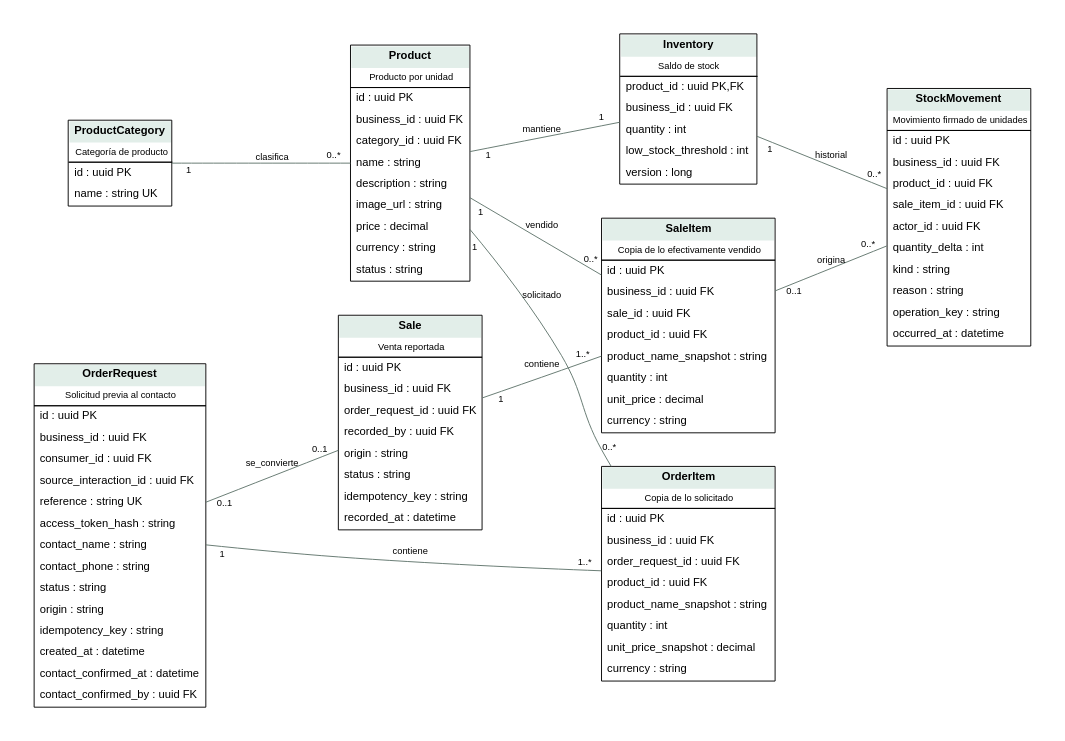
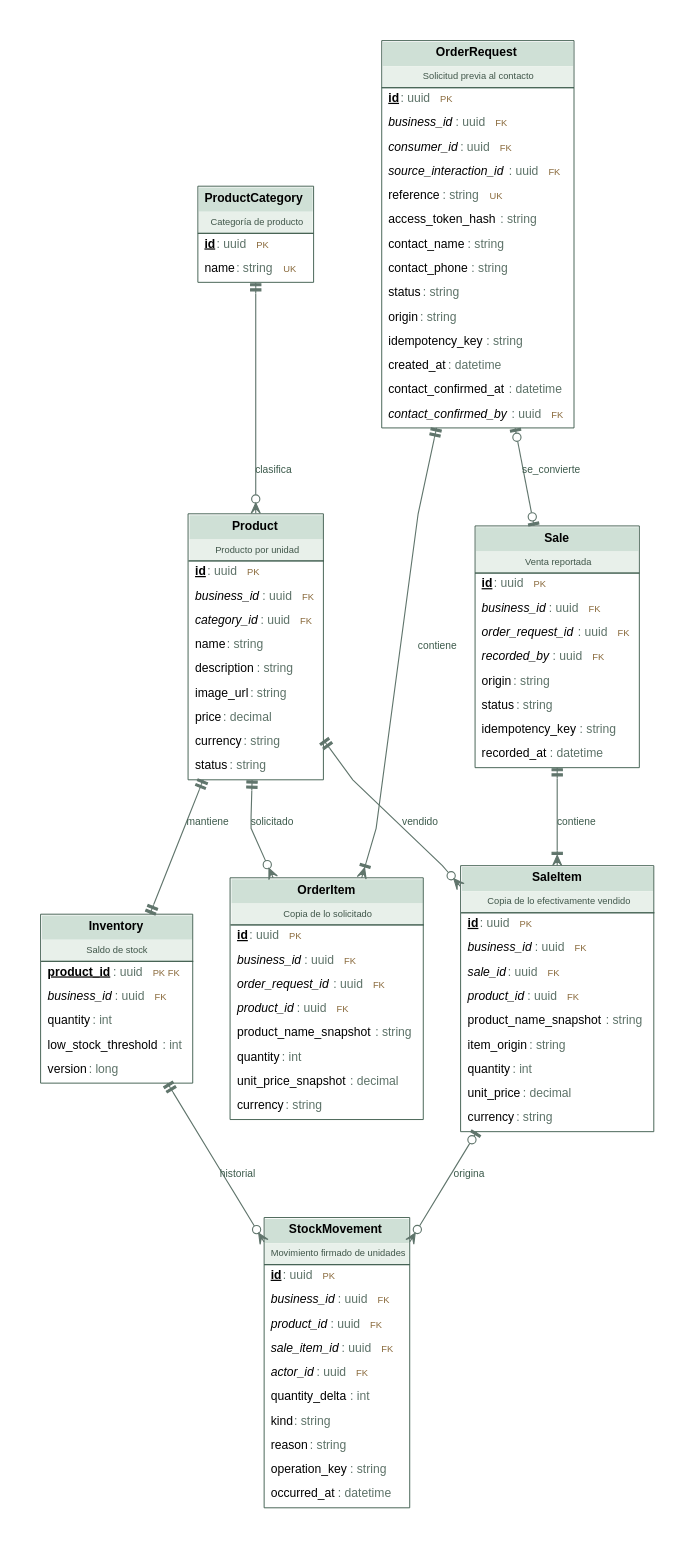
One commit to agustinlopez23/tesis changed the diagram in Doc/model/figures/ER-02-comercio.dot. Above: the diagram before and after it, drawn with Graphviz. The commit also changed 420 other files, not shown here.

```diff
--- a/Doc/model/figures/ER-02-comercio.dot
+++ b/Doc/model/figures/ER-02-comercio.dot
@@ -1,16 +1,16 @@
-digraph G { graph [rankdir=LR,bgcolor="white",pad=0.4,nodesep=0.5,ranksep=1.2]; node [shape=plain,fontname="Arial",fontsize=12]; edge [fontname="Arial",fontsize=10,color="#60756c"]; ProductCategory [label=<<TABLE BORDER="1" CELLBORDER="0" CELLSPACING="0" CELLPADDING="5"><TR><TD BGCOLOR="#e2eee9"><B>ProductCategory</B></TD></TR><TR><TD><FONT POINT-SIZE="10">Categoría de producto</FONT></TD></TR><HR/><TR><TD ALIGN="LEFT">id : uuid PK</TD></TR><TR><TD ALIGN="LEFT">name : string UK</TD></TR></TABLE>>];
-Product [label=<<TABLE BORDER="1" CELLBORDER="0" CELLSPACING="0" CELLPADDING="5"><TR><TD BGCOLOR="#e2eee9"><B>Product</B></TD></TR><TR><TD><FONT POINT-SIZE="10">Producto por unidad</FONT></TD></TR><HR/><TR><TD ALIGN="LEFT">id : uuid PK</TD></TR><TR><TD ALIGN="LEFT">business_id : uuid FK</TD></TR><TR><TD ALIGN="LEFT">category_id : uuid FK</TD></TR><TR><TD ALIGN="LEFT">name : string </TD></TR><TR><TD ALIGN="LEFT">description : string </TD></TR><TR><TD ALIGN="LEFT">image_url : string </TD></TR><TR><TD ALIGN="LEFT">price : decimal </TD></TR><TR><TD ALIGN="LEFT">currency : string </TD></TR><TR><TD ALIGN="LEFT">status : string </TD></TR></TABLE>>];
-Inventory [label=<<TABLE BORDER="1" CELLBORDER="0" CELLSPACING="0" CELLPADDING="5"><TR><TD BGCOLOR="#e2eee9"><B>Inventory</B></TD></TR><TR><TD><FONT POINT-SIZE="10">Saldo de stock</FONT></TD></TR><HR/><TR><TD ALIGN="LEFT">product_id : uuid PK,FK</TD></TR><TR><TD ALIGN="LEFT">business_id : uuid FK</TD></TR><TR><TD ALIGN="LEFT">quantity : int </TD></TR><TR><TD ALIGN="LEFT">low_stock_threshold : int </TD></TR><TR><TD ALIGN="LEFT">version : long </TD></TR></TABLE>>];
-OrderRequest [label=<<TABLE BORDER="1" CELLBORDER="0" CELLSPACING="0" CELLPADDING="5"><TR><TD BGCOLOR="#e2eee9"><B>OrderRequest</B></TD></TR><TR><TD><FONT POINT-SIZE="10">Solicitud previa al contacto</FONT></TD></TR><HR/><TR><TD ALIGN="LEFT">id : uuid PK</TD></TR><TR><TD ALIGN="LEFT">business_id : uuid FK</TD></TR><TR><TD ALIGN="LEFT">consumer_id : uuid FK</TD></TR><TR><TD ALIGN="LEFT">source_interaction_id : uuid FK</TD></TR><TR><TD ALIGN="LEFT">reference : string UK</TD></TR><TR><TD ALIGN="LEFT">access_token_hash : string </TD></TR><TR><TD ALIGN="LEFT">contact_name : string </TD></TR><TR><TD ALIGN="LEFT">contact_phone : string </TD></TR><TR><TD ALIGN="LEFT">status : string </TD></TR><TR><TD ALIGN="LEFT">origin : string </TD></TR><TR><TD ALIGN="LEFT">idempotency_key : string </TD></TR><TR><TD ALIGN="LEFT">created_at : datetime </TD></TR><TR><TD ALIGN="LEFT">contact_confirmed_at : datetime </TD></TR><TR><TD ALIGN="LEFT">contact_confirmed_by : uuid FK</TD></TR></TABLE>>];
-OrderItem [label=<<TABLE BORDER="1" CELLBORDER="0" CELLSPACING="0" CELLPADDING="5"><TR><TD BGCOLOR="#e2eee9"><B>OrderItem</B></TD></TR><TR><TD><FONT POINT-SIZE="10">Copia de lo solicitado</FONT></TD></TR><HR/><TR><TD ALIGN="LEFT">id : uuid PK</TD></TR><TR><TD ALIGN="LEFT">business_id : uuid FK</TD></TR><TR><TD ALIGN="LEFT">order_request_id : uuid FK</TD></TR><TR><TD ALIGN="LEFT">product_id : uuid FK</TD></TR><TR><TD ALIGN="LEFT">product_name_snapshot : string </TD></TR><TR><TD ALIGN="LEFT">quantity : int </TD></TR><TR><TD ALIGN="LEFT">unit_price_snapshot : decimal </TD></TR><TR><TD ALIGN="LEFT">currency : string </TD></TR></TABLE>>];
-Sale [label=<<TABLE BORDER="1" CELLBORDER="0" CELLSPACING="0" CELLPADDING="5"><TR><TD BGCOLOR="#e2eee9"><B>Sale</B></TD></TR><TR><TD><FONT POINT-SIZE="10">Venta reportada</FONT></TD></TR><HR/><TR><TD ALIGN="LEFT">id : uuid PK</TD></TR><TR><TD ALIGN="LEFT">business_id : uuid FK</TD></TR><TR><TD ALIGN="LEFT">order_request_id : uuid FK</TD></TR><TR><TD ALIGN="LEFT">recorded_by : uuid FK</TD></TR><TR><TD ALIGN="LEFT">origin : string </TD></TR><TR><TD ALIGN="LEFT">status : string </TD></TR><TR><TD ALIGN="LEFT">idempotency_key : string </TD></TR><TR><TD ALIGN="LEFT">recorded_at : datetime </TD></TR></TABLE>>];
-SaleItem [label=<<TABLE BORDER="1" CELLBORDER="0" CELLSPACING="0" CELLPADDING="5"><TR><TD BGCOLOR="#e2eee9"><B>SaleItem</B></TD></TR><TR><TD><FONT POINT-SIZE="10">Copia de lo efectivamente vendido</FONT></TD></TR><HR/><TR><TD ALIGN="LEFT">id : uuid PK</TD></TR><TR><TD ALIGN="LEFT">business_id : uuid FK</TD></TR><TR><TD ALIGN="LEFT">sale_id : uuid FK</TD></TR><TR><TD ALIGN="LEFT">product_id : uuid FK</TD></TR><TR><TD ALIGN="LEFT">product_name_snapshot : string </TD></TR><TR><TD ALIGN="LEFT">quantity : int </TD></TR><TR><TD ALIGN="LEFT">unit_price : decimal </TD></TR><TR><TD ALIGN="LEFT">currency : string </TD></TR></TABLE>>];
-StockMovement [label=<<TABLE BORDER="1" CELLBORDER="0" CELLSPACING="0" CELLPADDING="5"><TR><TD BGCOLOR="#e2eee9"><B>StockMovement</B></TD></TR><TR><TD><FONT POINT-SIZE="10">Movimiento firmado de unidades</FONT></TD></TR><HR/><TR><TD ALIGN="LEFT">id : uuid PK</TD></TR><TR><TD ALIGN="LEFT">business_id : uuid FK</TD></TR><TR><TD ALIGN="LEFT">product_id : uuid FK</TD></TR><TR><TD ALIGN="LEFT">sale_item_id : uuid FK</TD></TR><TR><TD ALIGN="LEFT">actor_id : uuid FK</TD></TR><TR><TD ALIGN="LEFT">quantity_delta : int </TD></TR><TR><TD ALIGN="LEFT">kind : string </TD></TR><TR><TD ALIGN="LEFT">reason : string </TD></TR><TR><TD ALIGN="LEFT">operation_key : string </TD></TR><TR><TD ALIGN="LEFT">occurred_at : datetime </TD></TR></TABLE>>]; ProductCategory -> Product [dir=none,taillabel="1",headlabel="0..*",label="clasifica",labeldistance=2];
-Product -> Inventory [dir=none,taillabel="1",headlabel="1",label="mantiene",labeldistance=2];
-OrderRequest -> OrderItem [dir=none,taillabel="1",headlabel="1..*",label="contiene",labeldistance=2];
-Product -> OrderItem [dir=none,taillabel="1",headlabel="0..*",label="solicitado",labeldistance=2];
-OrderRequest -> Sale [dir=none,taillabel="0..1",headlabel="0..1",label="se_convierte",labeldistance=2];
-Sale -> SaleItem [dir=none,taillabel="1",headlabel="1..*",label="contiene",labeldistance=2];
-Product -> SaleItem [dir=none,taillabel="1",headlabel="0..*",label="vendido",labeldistance=2];
-Inventory -> StockMovement [dir=none,taillabel="1",headlabel="0..*",label="historial",labeldistance=2];
-SaleItem -> StockMovement [dir=none,taillabel="0..1",headlabel="0..*",label="origina",labeldistance=2]; }
+digraph G { graph [rankdir=TB,bgcolor="white",pad=0.5,nodesep=0.55,ranksep=1.1,splines=polyline,concentrate=false,fontname="Arial"]; node [shape=plain,fontname="Arial",fontsize=13]; edge [fontname="Arial",fontsize=11,color="#60756c",penwidth=1.2,arrowsize=1.1]; ProductCategory [label=<<TABLE BORDER="1" CELLBORDER="0" CELLSPACING="0" CELLPADDING="6" COLOR="#3f5d4e"><TR><TD BGCOLOR="#cfe0d6"><B>ProductCategory</B></TD></TR><TR><TD BGCOLOR="#e8f0ea"><FONT POINT-SIZE="10" COLOR="#40564a">Categoría de producto</FONT></TD></TR><HR/><TR><TD ALIGN="LEFT"><B><U>id</U></B><FONT COLOR="#5d7268"> : uuid</FONT><FONT COLOR="#8a6a3c" POINT-SIZE="10">   PK</FONT></TD></TR><TR><TD ALIGN="LEFT">name<FONT COLOR="#5d7268"> : string</FONT><FONT COLOR="#8a6a3c" POINT-SIZE="10">   UK</FONT></TD></TR></TABLE>>];
+Product [label=<<TABLE BORDER="1" CELLBORDER="0" CELLSPACING="0" CELLPADDING="6" COLOR="#3f5d4e"><TR><TD BGCOLOR="#cfe0d6"><B>Product</B></TD></TR><TR><TD BGCOLOR="#e8f0ea"><FONT POINT-SIZE="10" COLOR="#40564a">Producto por unidad</FONT></TD></TR><HR/><TR><TD ALIGN="LEFT"><B><U>id</U></B><FONT COLOR="#5d7268"> : uuid</FONT><FONT COLOR="#8a6a3c" POINT-SIZE="10">   PK</FONT></TD></TR><TR><TD ALIGN="LEFT"><I>business_id</I><FONT COLOR="#5d7268"> : uuid</FONT><FONT COLOR="#8a6a3c" POINT-SIZE="10">   FK</FONT></TD></TR><TR><TD ALIGN="LEFT"><I>category_id</I><FONT COLOR="#5d7268"> : uuid</FONT><FONT COLOR="#8a6a3c" POINT-SIZE="10">   FK</FONT></TD></TR><TR><TD ALIGN="LEFT">name<FONT COLOR="#5d7268"> : string</FONT></TD></TR><TR><TD ALIGN="LEFT">description<FONT COLOR="#5d7268"> : string</FONT></TD></TR><TR><TD ALIGN="LEFT">image_url<FONT COLOR="#5d7268"> : string</FONT></TD></TR><TR><TD ALIGN="LEFT">price<FONT COLOR="#5d7268"> : decimal</FONT></TD></TR><TR><TD ALIGN="LEFT">currency<FONT COLOR="#5d7268"> : string</FONT></TD></TR><TR><TD ALIGN="LEFT">status<FONT COLOR="#5d7268"> : string</FONT></TD></TR></TABLE>>];
+Inventory [label=<<TABLE BORDER="1" CELLBORDER="0" CELLSPACING="0" CELLPADDING="6" COLOR="#3f5d4e"><TR><TD BGCOLOR="#cfe0d6"><B>Inventory</B></TD></TR><TR><TD BGCOLOR="#e8f0ea"><FONT POINT-SIZE="10" COLOR="#40564a">Saldo de stock</FONT></TD></TR><HR/><TR><TD ALIGN="LEFT"><B><U>product_id</U></B><FONT COLOR="#5d7268"> : uuid</FONT><FONT COLOR="#8a6a3c" POINT-SIZE="10">   PK FK</FONT></TD></TR><TR><TD ALIGN="LEFT"><I>business_id</I><FONT COLOR="#5d7268"> : uuid</FONT><FONT COLOR="#8a6a3c" POINT-SIZE="10">   FK</FONT></TD></TR><TR><TD ALIGN="LEFT">quantity<FONT COLOR="#5d7268"> : int</FONT></TD></TR><TR><TD ALIGN="LEFT">low_stock_threshold<FONT COLOR="#5d7268"> : int</FONT></TD></TR><TR><TD ALIGN="LEFT">version<FONT COLOR="#5d7268"> : long</FONT></TD></TR></TABLE>>];
+OrderRequest [label=<<TABLE BORDER="1" CELLBORDER="0" CELLSPACING="0" CELLPADDING="6" COLOR="#3f5d4e"><TR><TD BGCOLOR="#cfe0d6"><B>OrderRequest</B></TD></TR><TR><TD BGCOLOR="#e8f0ea"><FONT POINT-SIZE="10" COLOR="#40564a">Solicitud previa al contacto</FONT></TD></TR><HR/><TR><TD ALIGN="LEFT"><B><U>id</U></B><FONT COLOR="#5d7268"> : uuid</FONT><FONT COLOR="#8a6a3c" POINT-SIZE="10">   PK</FONT></TD></TR><TR><TD ALIGN="LEFT"><I>business_id</I><FONT COLOR="#5d7268"> : uuid</FONT><FONT COLOR="#8a6a3c" POINT-SIZE="10">   FK</FONT></TD></TR><TR><TD ALIGN="LEFT"><I>consumer_id</I><FONT COLOR="#5d7268"> : uuid</FONT><FONT COLOR="#8a6a3c" POINT-SIZE="10">   FK</FONT></TD></TR><TR><TD ALIGN="LEFT"><I>source_interaction_id</I><FONT COLOR="#5d7268"> : uuid</FONT><FONT COLOR="#8a6a3c" POINT-SIZE="10">   FK</FONT></TD></TR><TR><TD ALIGN="LEFT">reference<FONT COLOR="#5d7268"> : string</FONT><FONT COLOR="#8a6a3c" POINT-SIZE="10">   UK</FONT></TD></TR><TR><TD ALIGN="LEFT">access_token_hash<FONT COLOR="#5d7268"> : string</FONT></TD></TR><TR><TD ALIGN="LEFT">contact_name<FONT COLOR="#5d7268"> : string</FONT></TD></TR><TR><TD ALIGN="LEFT">contact_phone<FONT COLOR="#5d7268"> : string</FONT></TD></TR><TR><TD ALIGN="LEFT">status<FONT COLOR="#5d7268"> : string</FONT></TD></TR><TR><TD ALIGN="LEFT">origin<FONT COLOR="#5d7268"> : string</FONT></TD></TR><TR><TD ALIGN="LEFT">idempotency_key<FONT COLOR="#5d7268"> : string</FONT></TD></TR><TR><TD ALIGN="LEFT">created_at<FONT COLOR="#5d7268"> : datetime</FONT></TD></TR><TR><TD ALIGN="LEFT">contact_confirmed_at<FONT COLOR="#5d7268"> : datetime</FONT></TD></TR><TR><TD ALIGN="LEFT"><I>contact_confirmed_by</I><FONT COLOR="#5d7268"> : uuid</FONT><FONT COLOR="#8a6a3c" POINT-SIZE="10">   FK</FONT></TD></TR></TABLE>>];
+OrderItem [label=<<TABLE BORDER="1" CELLBORDER="0" CELLSPACING="0" CELLPADDING="6" COLOR="#3f5d4e"><TR><TD BGCOLOR="#cfe0d6"><B>OrderItem</B></TD></TR><TR><TD BGCOLOR="#e8f0ea"><FONT POINT-SIZE="10" COLOR="#40564a">Copia de lo solicitado</FONT></TD></TR><HR/><TR><TD ALIGN="LEFT"><B><U>id</U></B><FONT COLOR="#5d7268"> : uuid</FONT><FONT COLOR="#8a6a3c" POINT-SIZE="10">   PK</FONT></TD></TR><TR><TD ALIGN="LEFT"><I>business_id</I><FONT COLOR="#5d7268"> : uuid</FONT><FONT COLOR="#8a6a3c" POINT-SIZE="10">   FK</FONT></TD></TR><TR><TD ALIGN="LEFT"><I>order_request_id</I><FONT COLOR="#5d7268"> : uuid</FONT><FONT COLOR="#8a6a3c" POINT-SIZE="10">   FK</FONT></TD></TR><TR><TD ALIGN="LEFT"><I>product_id</I><FONT COLOR="#5d7268"> : uuid</FONT><FONT COLOR="#8a6a3c" POINT-SIZE="10">   FK</FONT></TD></TR><TR><TD ALIGN="LEFT">product_name_snapshot<FONT COLOR="#5d7268"> : string</FONT></TD></TR><TR><TD ALIGN="LEFT">quantity<FONT COLOR="#5d7268"> : int</FONT></TD></TR><TR><TD ALIGN="LEFT">unit_price_snapshot<FONT COLOR="#5d7268"> : decimal</FONT></TD></TR><TR><TD ALIGN="LEFT">currency<FONT COLOR="#5d7268"> : string</FONT></TD></TR></TABLE>>];
+Sale [label=<<TABLE BORDER="1" CELLBORDER="0" CELLSPACING="0" CELLPADDING="6" COLOR="#3f5d4e"><TR><TD BGCOLOR="#cfe0d6"><B>Sale</B></TD></TR><TR><TD BGCOLOR="#e8f0ea"><FONT POINT-SIZE="10" COLOR="#40564a">Venta reportada</FONT></TD></TR><HR/><TR><TD ALIGN="LEFT"><B><U>id</U></B><FONT COLOR="#5d7268"> : uuid</FONT><FONT COLOR="#8a6a3c" POINT-SIZE="10">   PK</FONT></TD></TR><TR><TD ALIGN="LEFT"><I>business_id</I><FONT COLOR="#5d7268"> : uuid</FONT><FONT COLOR="#8a6a3c" POINT-SIZE="10">   FK</FONT></TD></TR><TR><TD ALIGN="LEFT"><I>order_request_id</I><FONT COLOR="#5d7268"> : uuid</FONT><FONT COLOR="#8a6a3c" POINT-SIZE="10">   FK</FONT></TD></TR><TR><TD ALIGN="LEFT"><I>recorded_by</I><FONT COLOR="#5d7268"> : uuid</FONT><FONT COLOR="#8a6a3c" POINT-SIZE="10">   FK</FONT></TD></TR><TR><TD ALIGN="LEFT">origin<FONT COLOR="#5d7268"> : string</FONT></TD></TR><TR><TD ALIGN="LEFT">status<FONT COLOR="#5d7268"> : string</FONT></TD></TR><TR><TD ALIGN="LEFT">idempotency_key<FONT COLOR="#5d7268"> : string</FONT></TD></TR><TR><TD ALIGN="LEFT">recorded_at<FONT COLOR="#5d7268"> : datetime</FONT></TD></TR></TABLE>>];
+SaleItem [label=<<TABLE BORDER="1" CELLBORDER="0" CELLSPACING="0" CELLPADDING="6" COLOR="#3f5d4e"><TR><TD BGCOLOR="#cfe0d6"><B>SaleItem</B></TD></TR><TR><TD BGCOLOR="#e8f0ea"><FONT POINT-SIZE="10" COLOR="#40564a">Copia de lo efectivamente vendido</FONT></TD></TR><HR/><TR><TD ALIGN="LEFT"><B><U>id</U></B><FONT COLOR="#5d7268"> : uuid</FONT><FONT COLOR="#8a6a3c" POINT-SIZE="10">   PK</FONT></TD></TR><TR><TD ALIGN="LEFT"><I>business_id</I><FONT COLOR="#5d7268"> : uuid</FONT><FONT COLOR="#8a6a3c" POINT-SIZE="10">   FK</FONT></TD></TR><TR><TD ALIGN="LEFT"><I>sale_id</I><FONT COLOR="#5d7268"> : uuid</FONT><FONT COLOR="#8a6a3c" POINT-SIZE="10">   FK</FONT></TD></TR><TR><TD ALIGN="LEFT"><I>product_id</I><FONT COLOR="#5d7268"> : uuid</FONT><FONT COLOR="#8a6a3c" POINT-SIZE="10">   FK</FONT></TD></TR><TR><TD ALIGN="LEFT">product_name_snapshot<FONT COLOR="#5d7268"> : string</FONT></TD></TR><TR><TD ALIGN="LEFT">item_origin<FONT COLOR="#5d7268"> : string</FONT></TD></TR><TR><TD ALIGN="LEFT">quantity<FONT COLOR="#5d7268"> : int</FONT></TD></TR><TR><TD ALIGN="LEFT">unit_price<FONT COLOR="#5d7268"> : decimal</FONT></TD></TR><TR><TD ALIGN="LEFT">currency<FONT COLOR="#5d7268"> : string</FONT></TD></TR></TABLE>>];
+StockMovement [label=<<TABLE BORDER="1" CELLBORDER="0" CELLSPACING="0" CELLPADDING="6" COLOR="#3f5d4e"><TR><TD BGCOLOR="#cfe0d6"><B>StockMovement</B></TD></TR><TR><TD BGCOLOR="#e8f0ea"><FONT POINT-SIZE="10" COLOR="#40564a">Movimiento firmado de unidades</FONT></TD></TR><HR/><TR><TD ALIGN="LEFT"><B><U>id</U></B><FONT COLOR="#5d7268"> : uuid</FONT><FONT COLOR="#8a6a3c" POINT-SIZE="10">   PK</FONT></TD></TR><TR><TD ALIGN="LEFT"><I>business_id</I><FONT COLOR="#5d7268"> : uuid</FONT><FONT COLOR="#8a6a3c" POINT-SIZE="10">   FK</FONT></TD></TR><TR><TD ALIGN="LEFT"><I>product_id</I><FONT COLOR="#5d7268"> : uuid</FONT><FONT COLOR="#8a6a3c" POINT-SIZE="10">   FK</FONT></TD></TR><TR><TD ALIGN="LEFT"><I>sale_item_id</I><FONT COLOR="#5d7268"> : uuid</FONT><FONT COLOR="#8a6a3c" POINT-SIZE="10">   FK</FONT></TD></TR><TR><TD ALIGN="LEFT"><I>actor_id</I><FONT COLOR="#5d7268"> : uuid</FONT><FONT COLOR="#8a6a3c" POINT-SIZE="10">   FK</FONT></TD></TR><TR><TD ALIGN="LEFT">quantity_delta<FONT COLOR="#5d7268"> : int</FONT></TD></TR><TR><TD ALIGN="LEFT">kind<FONT COLOR="#5d7268"> : string</FONT></TD></TR><TR><TD ALIGN="LEFT">reason<FONT COLOR="#5d7268"> : string</FONT></TD></TR><TR><TD ALIGN="LEFT">operation_key<FONT COLOR="#5d7268"> : string</FONT></TD></TR><TR><TD ALIGN="LEFT">occurred_at<FONT COLOR="#5d7268"> : datetime</FONT></TD></TR></TABLE>>]; ProductCategory -> Product [dir=both,arrowtail=teetee,arrowhead=crowodot,label="clasifica",fontsize=11,fontcolor="#3c5a4b"];
+Product -> Inventory [dir=both,arrowtail=teetee,arrowhead=teetee,label="mantiene",fontsize=11,fontcolor="#3c5a4b"];
+OrderRequest -> OrderItem [dir=both,arrowtail=teetee,arrowhead=crowtee,label="contiene",fontsize=11,fontcolor="#3c5a4b"];
+Product -> OrderItem [dir=both,arrowtail=teetee,arrowhead=crowodot,label="solicitado",fontsize=11,fontcolor="#3c5a4b"];
+OrderRequest -> Sale [dir=both,arrowtail=teeodot,arrowhead=teeodot,label="se_convierte",fontsize=11,fontcolor="#3c5a4b"];
+Sale -> SaleItem [dir=both,arrowtail=teetee,arrowhead=crowtee,label="contiene",fontsize=11,fontcolor="#3c5a4b"];
+Product -> SaleItem [dir=both,arrowtail=teetee,arrowhead=crowodot,label="vendido",fontsize=11,fontcolor="#3c5a4b"];
+Inventory -> StockMovement [dir=both,arrowtail=teetee,arrowhead=crowodot,label="historial",fontsize=11,fontcolor="#3c5a4b"];
+SaleItem -> StockMovement [dir=both,arrowtail=teeodot,arrowhead=crowodot,label="origina",fontsize=11,fontcolor="#3c5a4b"]; }
```
